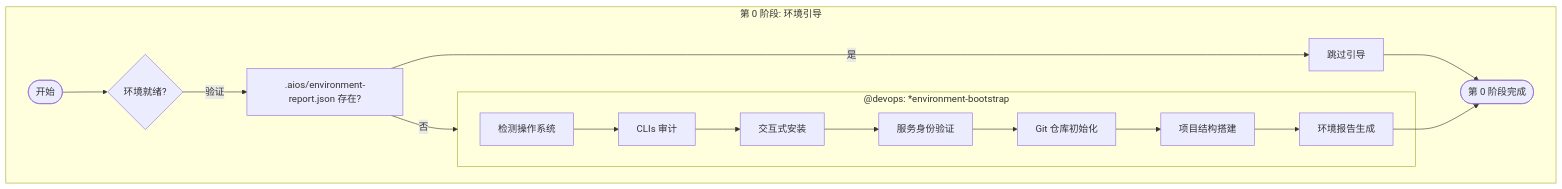
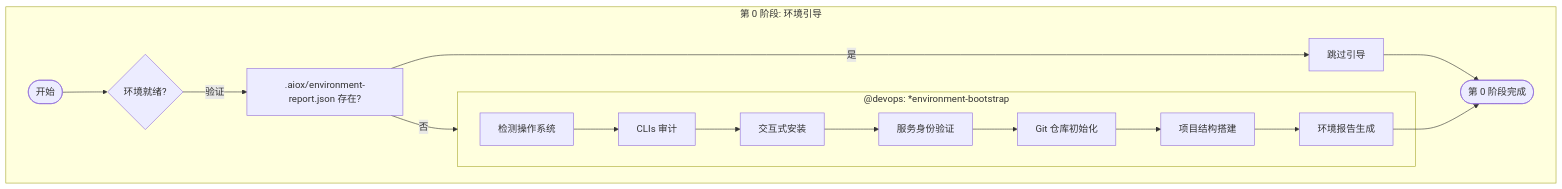
The second of 9 diagrams in docs/zh/aiox-workflows/greenfield-fullstack-workflow.md (henriquetj159/henriquetj), drawn with Mermaid before and after one commit. The commit also changed other lines of this file and 2056 other files, not shown here.

First line of the commit message:
chore: update aios→aiox references in file contents

````diff
--- a/docs/zh/aiox-workflows/greenfield-fullstack-workflow.md
+++ b/docs/zh/aiox-workflows/greenfield-fullstack-workflow.md
@@ -139,25 +139,25 @@
 ```mermaid
 flowchart TD
     subgraph FASE0["第 0 阶段: 环境引导"]
         START([开始]) --> CHECK{环境就绪?}
 
-        CHECK -->|验证| ENV_REPORT[".aios/environment-report.json 存在?"]
+        CHECK -->|验证| ENV_REPORT[".aiox/environment-report.json 存在?"]
         ENV_REPORT -->|是| SKIP[跳过引导]
         ENV_REPORT -->|否| BOOTSTRAP
 
         subgraph BOOTSTRAP["@devops: *environment-bootstrap"]
             B1[检测操作系统]
             B2[CLIs 审计]
             B3[交互式安装]
             B4[服务身份验证]
             B5[Git 仓库初始化]
             B6[项目结构搭建]
             B7[环境报告生成]
 
             B1 --> B2 --> B3 --> B4 --> B5 --> B6 --> B7
         end
 
         SKIP --> DONE
         B7 --> DONE([第 0 阶段完成])
     end
 ```
````
